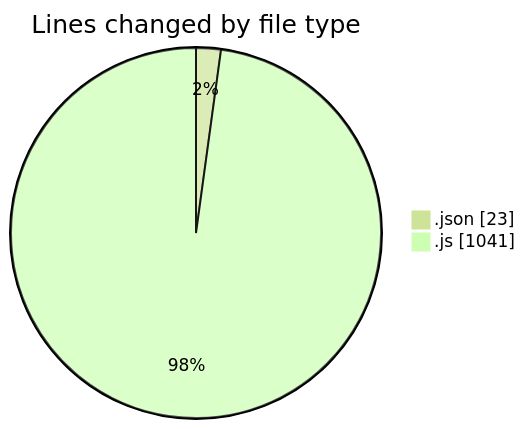
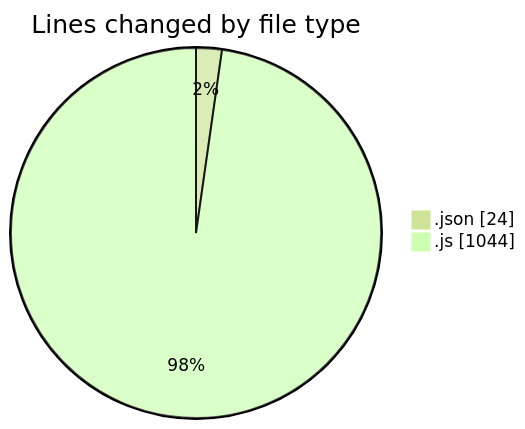
One commit to BS-eng2023/code-tracking changed the first of 2 diagrams in 2025-04-01/jsvms/README.md. Above: the diagram before and after it, drawn with Mermaid (forest theme). The commit also changed other lines of this file and 1 other file, not shown here.

````diff
--- a/2025-04-01/jsvms/README.md
+++ b/2025-04-01/jsvms/README.md
@@ -36,6 +36,6 @@
 ```mermaid
 pie showData
 title Lines changed by file type
-".json" : 23
-".js" : 1041
+".json" : 24
+".js" : 1044
 ```
````
